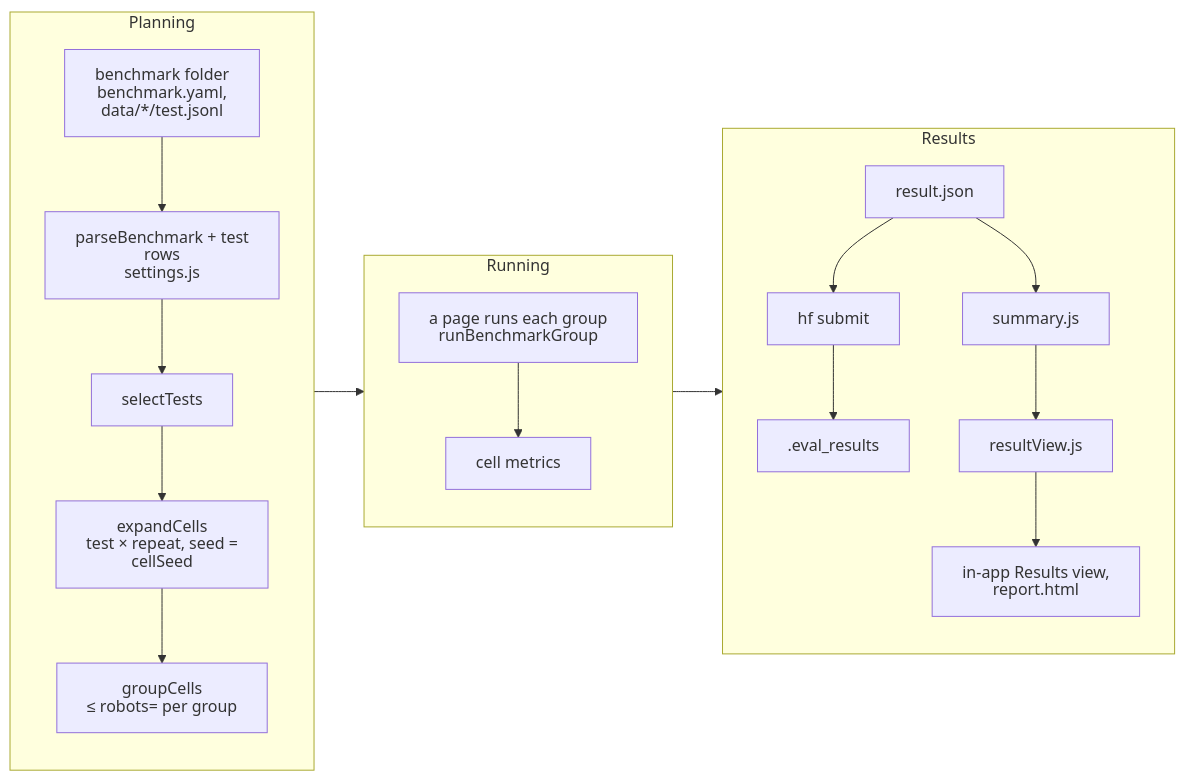
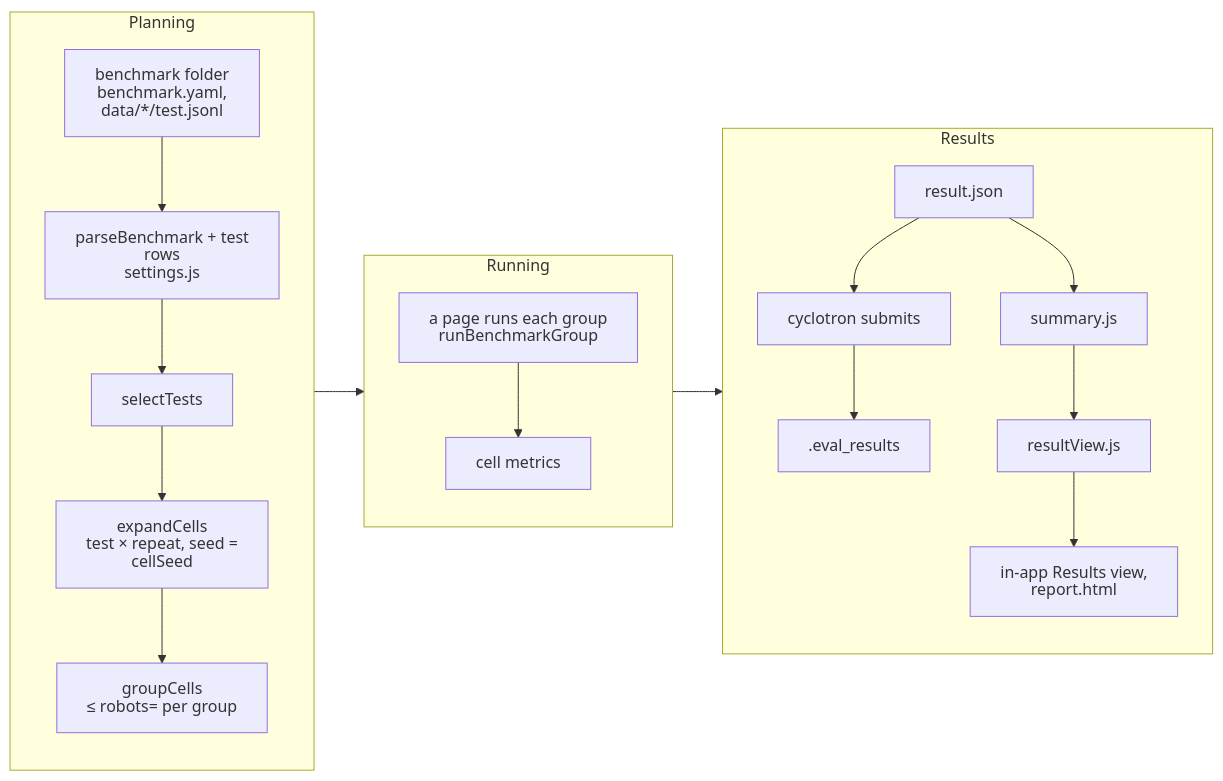
The second of 2 diagrams in docs/architecture.md (menloresearch/humanoid-policy-viewer), drawn with Mermaid before and after one commit. The commit also changed other lines of this file and 48 other files, not shown here.

````diff
--- a/docs/architecture.md
+++ b/docs/architecture.md
@@ -142,27 +144,27 @@
 ```mermaid
 ---
 config:
   htmlLabels: false
 ---
 flowchart LR
     subgraph planning["Planning"]
         direction TB
         folder["benchmark folder<br/>benchmark.yaml, data/*/test.jsonl"] --> parse["parseBenchmark + test rows<br/>settings.js"]
         parse --> select[selectTests]
         select --> expand["expandCells<br/>test × repeat, seed = cellSeed"]
         expand --> group["groupCells<br/>≤ robots= per group"]
     end
     subgraph running["Running"]
         direction TB
         run["a page runs each group<br/>runBenchmarkGroup"] --> cells[cell metrics]
     end
     subgraph results["Results"]
         direction TB
-        result[result.json] --> submit[hf submit]
+        result[result.json] --> submit["cyclotron submits"]
         submit --> eval[".eval_results"]
         result --> summary[summary.js]
         summary --> view[resultView.js]
         view --> views["in-app Results view, report.html"]
     end
     planning --> running --> results
 ```
````
